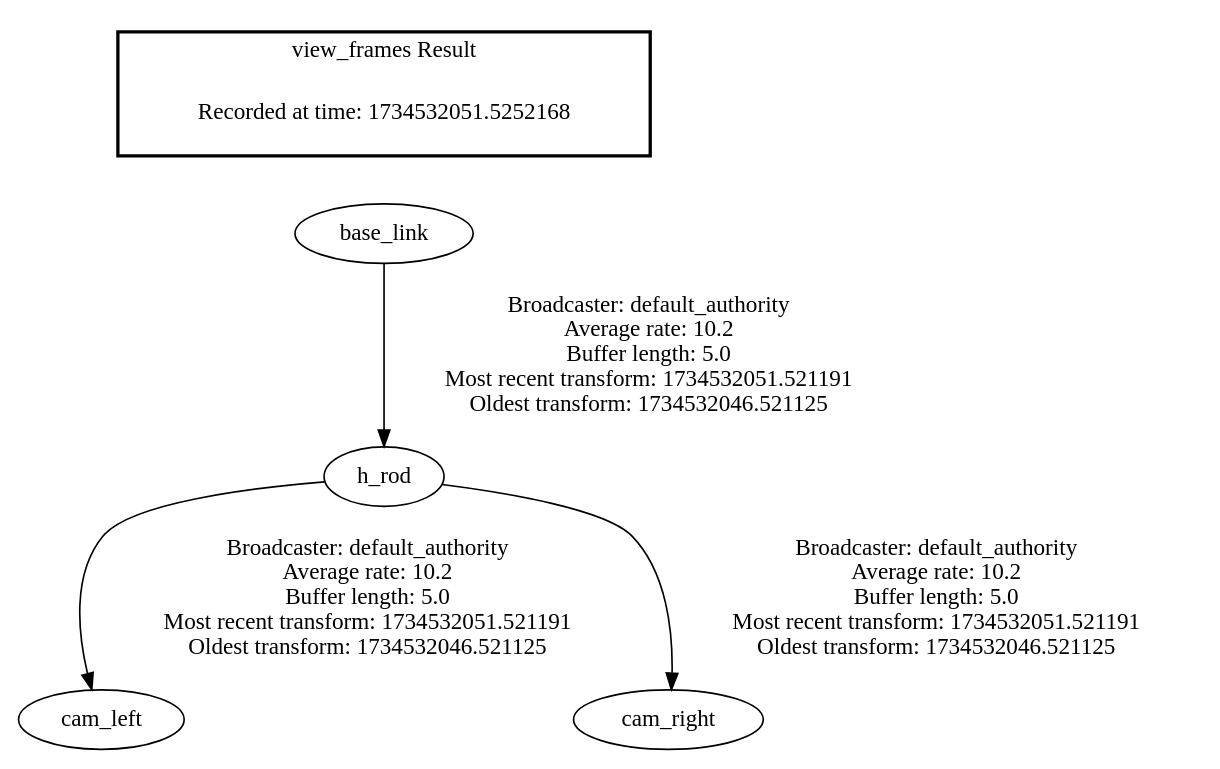
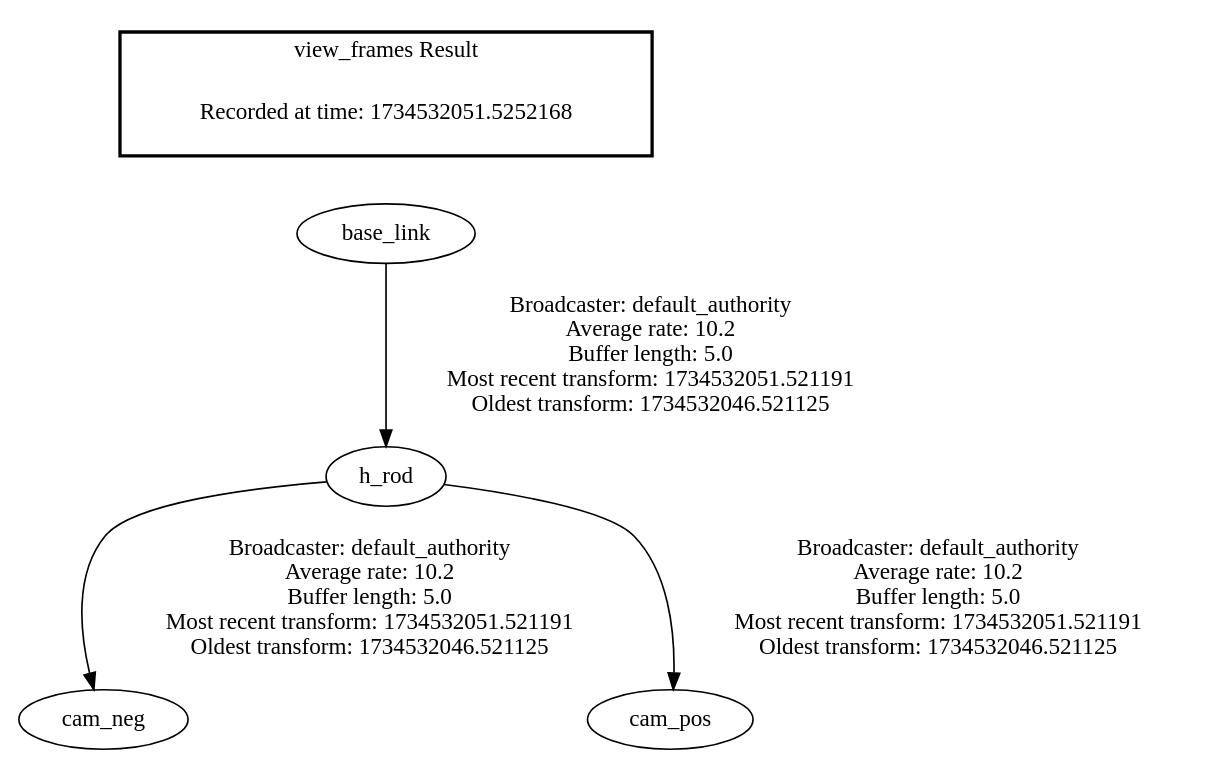
Before and after one commit to achintyapro03/Camera_sys_ros: the diagram in testing/frames_2024-12-18_19.57.31.gv, drawn with Graphviz. The commit also changed 1767 other files, not shown here.

```diff
--- a/testing/frames_2024-12-18_19.57.31.gv
+++ b/testing/frames_2024-12-18_19.57.31.gv
@@ -1,9 +1,9 @@
 digraph G {
-"h_rod" -> "cam_left"[label=" Broadcaster: default_authority\nAverage rate: 10.2\nBuffer length: 5.0\nMost recent transform: 1734532051.521191\nOldest transform: 1734532046.521125\n"];
+"h_rod" -> "cam_neg"[label=" Broadcaster: default_authority\nAverage rate: 10.2\nBuffer length: 5.0\nMost recent transform: 1734532051.521191\nOldest transform: 1734532046.521125\n"];
 "base_link" -> "h_rod"[label=" Broadcaster: default_authority\nAverage rate: 10.2\nBuffer length: 5.0\nMost recent transform: 1734532051.521191\nOldest transform: 1734532046.521125\n"];
-"h_rod" -> "cam_right"[label=" Broadcaster: default_authority\nAverage rate: 10.2\nBuffer length: 5.0\nMost recent transform: 1734532051.521191\nOldest transform: 1734532046.521125\n"];
+"h_rod" -> "cam_pos"[label=" Broadcaster: default_authority\nAverage rate: 10.2\nBuffer length: 5.0\nMost recent transform: 1734532051.521191\nOldest transform: 1734532046.521125\n"];
 edge [style=invis];
  subgraph cluster_legend { style=bold; color=black; label ="view_frames Result";
 "Recorded at time: 1734532051.5252168"[ shape=plaintext ] ;
 }->"base_link";
 }
```
